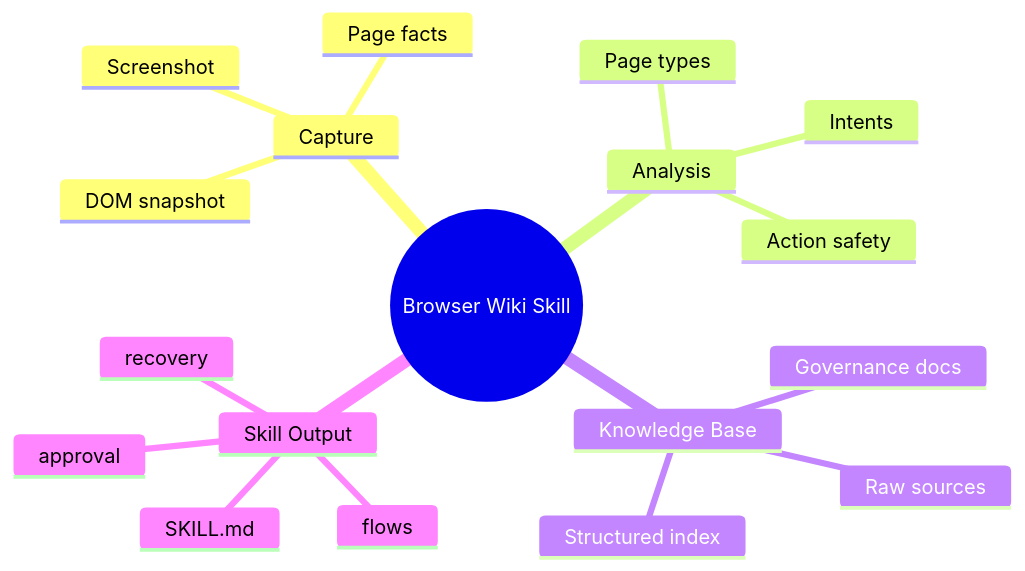
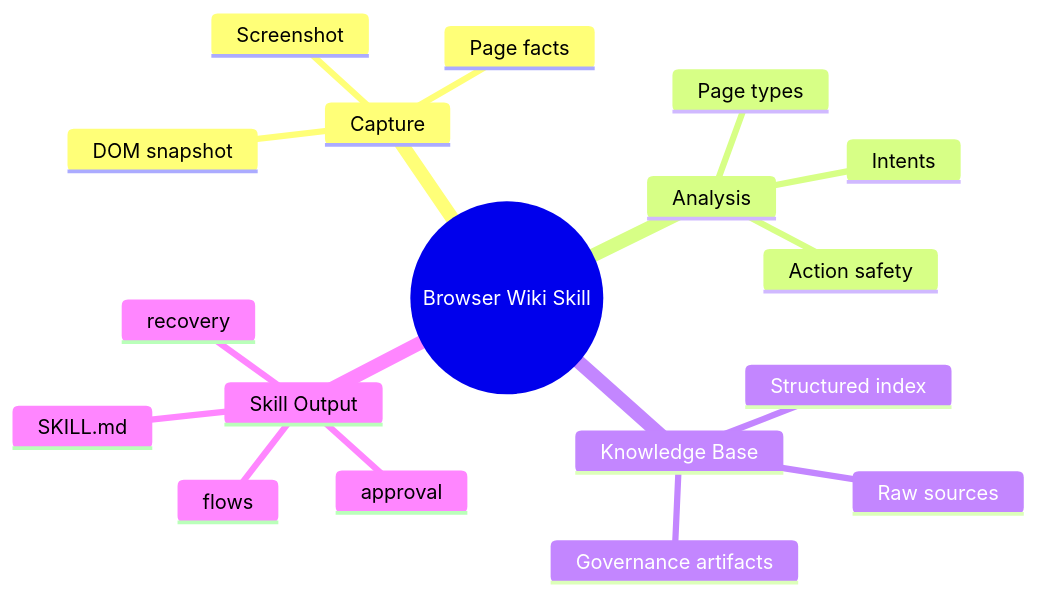
One commit to yuetongli-PL/Browser-Wiki-Skill changed the second of 2 diagrams in README.md. Above: the diagram before and after it, drawn with Mermaid. The commit also changed other lines of this file and 22 other files, not shown here.

````diff
--- a/README.md
+++ b/README.md
@@ -85,21 +111,21 @@
 ```mermaid
 mindmap
   root((Browser Wiki Skill))
     Capture
       DOM snapshot
       Screenshot
       Page facts
     Analysis
       Page types
       Intents
       Action safety
     Knowledge Base
       Raw sources
       Structured index
-      Governance docs
+      Governance artifacts
     Skill Output
       SKILL.md
       flows
       recovery
       approval
 ```
````
